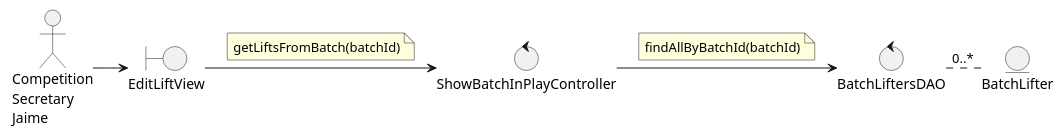
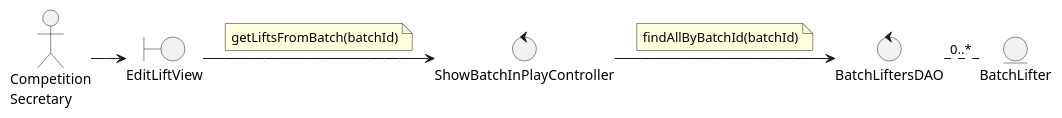
Before and after one commit to zuldare/mastercloud_pfm_halterocms: the diagram in documentation/diagrams/2_analysis/useCasesAnalysis/showBatchInPlay.puml, drawn with PlantUML.

Commit message:
feat: Refactor use case diagrams

```diff
--- a/documentation/diagrams/2_analysis/useCasesAnalysis/showBatchInPlay.puml
+++ b/documentation/diagrams/2_analysis/useCasesAnalysis/showBatchInPlay.puml
@@ -1,26 +1,26 @@
 @startuml
-actor "Competition\nSecretary\nJaime" as cs
+actor "Competition\nSecretary" as cs
 
 control BatchLiftersDAO
 control ShowBatchInPlayController
 entity BatchLifter
 boundary EditLiftView
 
 cs -right-> EditLiftView
 EditLiftView -right-> ShowBatchInPlayController
 note on link
   getLiftsFromBatch(batchId)
 end note
 
 ShowBatchInPlayController -right-> BatchLiftersDAO
 note on link
   findAllByBatchId(batchId)
 end note
 
 BatchLiftersDAO .right. "0..*" BatchLifter
 
 
 
 
 
 @enduml
```
